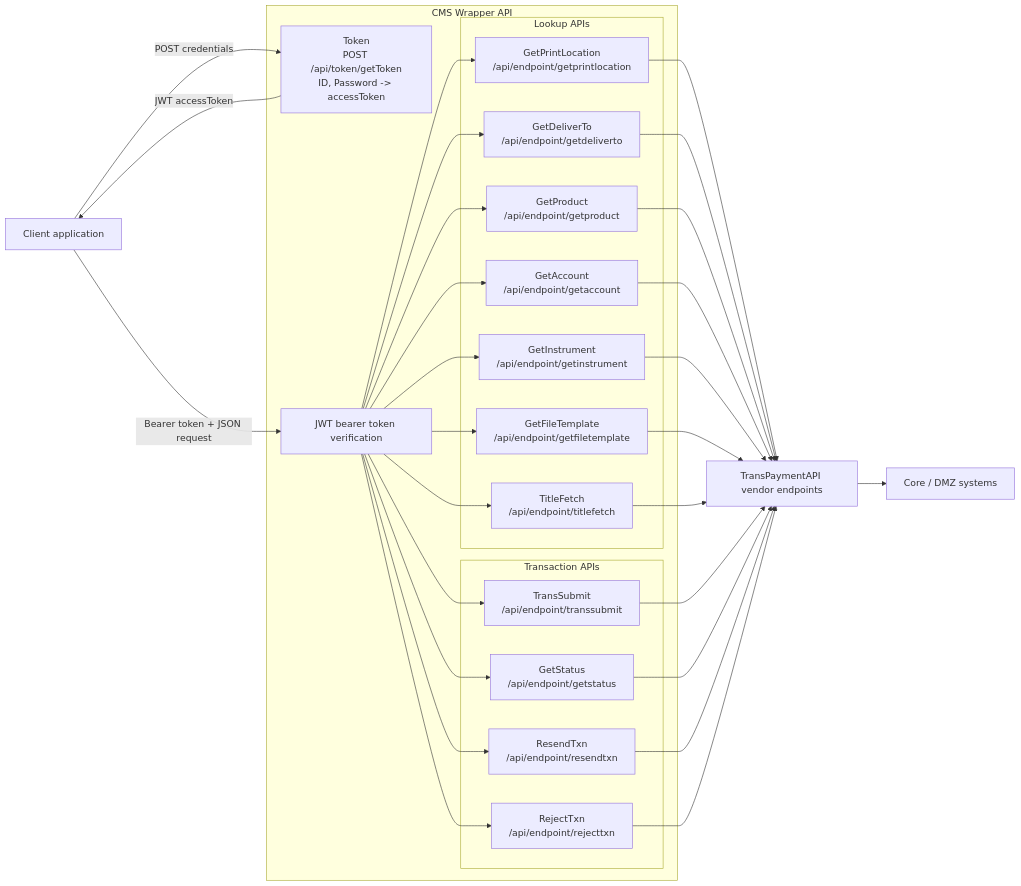
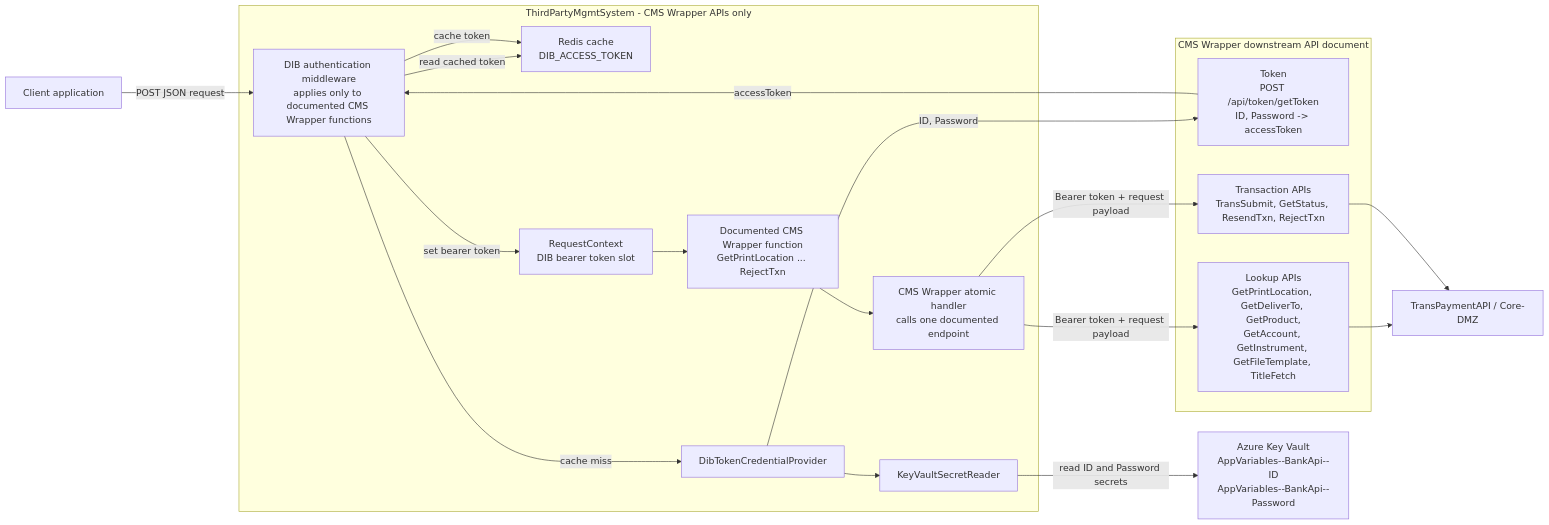
Before and after one commit to FarrukhSaleem/Documents: the first of 8 diagrams in CMSWrapperAPI_API_Document_Low_Level_Diagram.md, drawn with Mermaid. The commit also changed other lines of this file, not shown here.

````diff
--- a/CMSWrapperAPI_API_Document_Low_Level_Diagram.md
+++ b/CMSWrapperAPI_API_Document_Low_Level_Diagram.md
@@ -32,59 +34,40 @@
 ```mermaid
 flowchart LR
     Client["Client application"]
 
-    subgraph CMS["CMS Wrapper API"]
-        Token["Token<br/>POST /api/token/getToken<br/>ID, Password -> accessToken"]
-        Jwt["JWT bearer token verification"]
-
-        subgraph Lookups["Lookup APIs"]
-            PrintLocation["GetPrintLocation<br/>/api/endpoint/getprintlocation"]
-            DeliverTo["GetDeliverTo<br/>/api/endpoint/getdeliverto"]
-            Product["GetProduct<br/>/api/endpoint/getproduct"]
-            Account["GetAccount<br/>/api/endpoint/getaccount"]
-            Instrument["GetInstrument<br/>/api/endpoint/getinstrument"]
-            FileTemplate["GetFileTemplate<br/>/api/endpoint/getfiletemplate"]
-            TitleFetch["TitleFetch<br/>/api/endpoint/titlefetch"]
-        end
-
-        subgraph Txn["Transaction APIs"]
-            TransSubmit["TransSubmit<br/>/api/endpoint/transsubmit"]
-            GetStatus["GetStatus<br/>/api/endpoint/getstatus"]
-            ResendTxn["ResendTxn<br/>/api/endpoint/resendtxn"]
-            RejectTxn["RejectTxn<br/>/api/endpoint/rejecttxn"]
-        end
+    subgraph App["ThirdPartyMgmtSystem - CMS Wrapper APIs only"]
+        DibAuth["DIB authentication middleware<br/>applies only to documented CMS Wrapper functions"]
+        Cache["Redis cache<br/>DIB_ACCESS_TOKEN"]
+        CredentialProvider["DibTokenCredentialProvider"]
+        SecretReader["KeyVaultSecretReader"]
+        RequestContext["RequestContext<br/>DIB bearer token slot"]
+        FunctionApi["Documented CMS Wrapper function<br/>GetPrintLocation ... RejectTxn"]
+        AtomicHandler["CMS Wrapper atomic handler<br/>calls one documented endpoint"]
     end
 
-    Vendor["TransPaymentAPI vendor endpoints"]
-    CoreDmz["Core / DMZ systems"]
+    KeyVault["Azure Key Vault<br/>AppVariables--BankApi--ID<br/>AppVariables--BankApi--Password"]
 
-    Client -->|"POST credentials"| Token
-    Token -->|"JWT accessToken"| Client
-    Client -->|"Bearer token + JSON request"| Jwt
+    subgraph Cms["CMS Wrapper downstream API document"]
+        Token["Token<br/>POST /api/token/getToken<br/>ID, Password -> accessToken"]
+        LookupApis["Lookup APIs<br/>GetPrintLocation, GetDeliverTo, GetProduct,<br/>GetAccount, GetInstrument, GetFileTemplate, TitleFetch"]
+        TransactionApis["Transaction APIs<br/>TransSubmit, GetStatus, ResendTxn, RejectTxn"]
+    end
 
-    Jwt --> PrintLocation
-    Jwt --> DeliverTo
-    Jwt --> Product
-    Jwt --> Account
-    Jwt --> Instrument
-    Jwt --> FileTemplate
-    Jwt --> TitleFetch
-    Jwt --> TransSubmit
-    Jwt --> GetStatus
-    Jwt --> ResendTxn
-    Jwt --> RejectTxn
+    Vendor["TransPaymentAPI / Core-DMZ"]
 
-    PrintLocation --> Vendor
-    DeliverTo --> Vendor
-    Product --> Vendor
-    Account --> Vendor
-    Instrument --> Vendor
-    FileTemplate --> Vendor
-    TitleFetch --> Vendor
-    TransSubmit --> Vendor
-    GetStatus --> Vendor
-    ResendTxn --> Vendor
-    RejectTxn --> Vendor
-
-    Vendor --> CoreDmz
+    Client -->|"POST JSON request"| DibAuth
+    DibAuth -->|"read cached token"| Cache
+    DibAuth -->|"cache miss"| CredentialProvider
+    CredentialProvider --> SecretReader
+    SecretReader -->|"read ID and Password secrets"| KeyVault
+    CredentialProvider -->|"ID, Password"| Token
+    Token -->|"accessToken"| DibAuth
+    DibAuth -->|"cache token"| Cache
+    DibAuth -->|"set bearer token"| RequestContext
+    RequestContext --> FunctionApi
+    FunctionApi --> AtomicHandler
+    AtomicHandler -->|"Bearer token + request payload"| LookupApis
+    AtomicHandler -->|"Bearer token + request payload"| TransactionApis
+    LookupApis --> Vendor
+    TransactionApis --> Vendor
 ```
````
